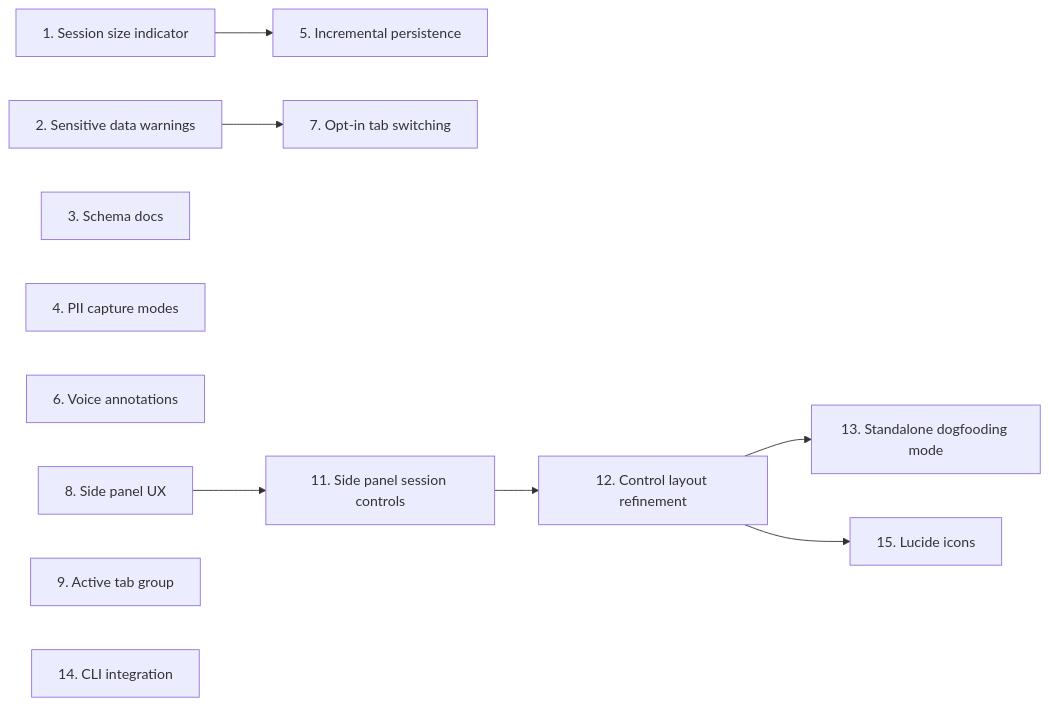
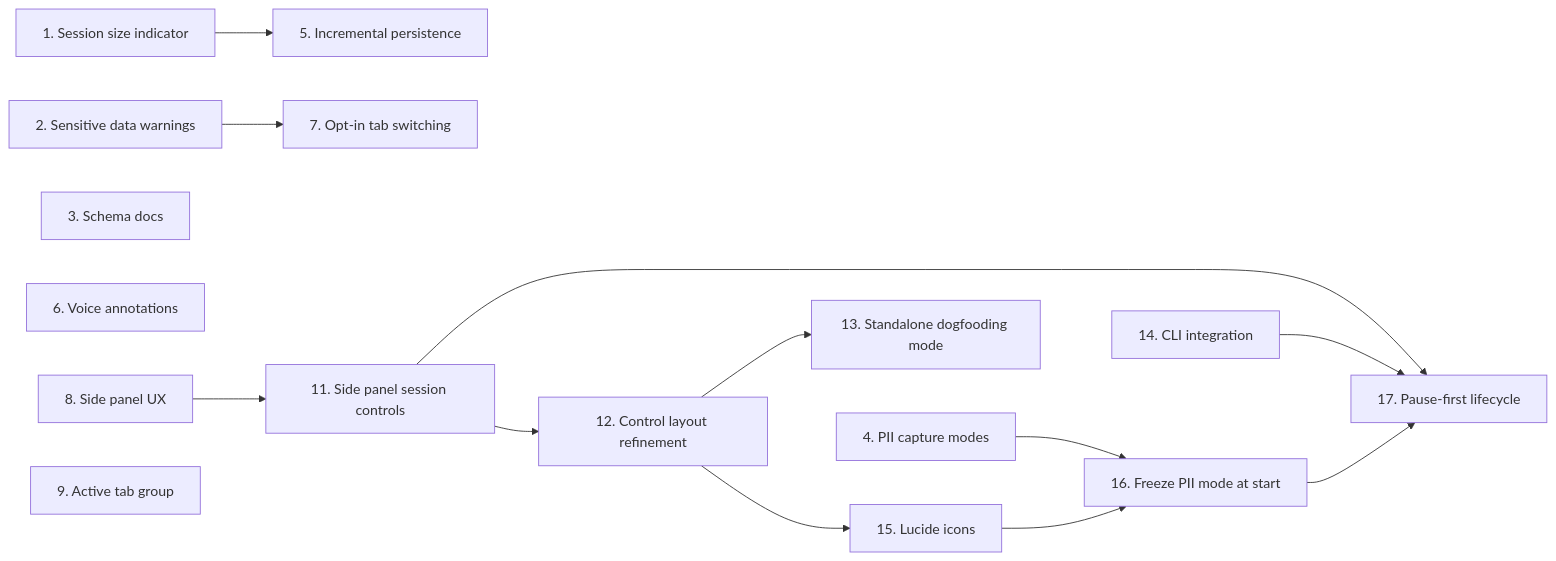
Before and after one commit to thehogfather/deskcheck: the diagram in docs/roadmap.md, drawn with Mermaid. The commit also changed other lines of this file, not shown here.

First line of the commit message:
docs(roadmap): add features #16 (freeze PII mode) and #17 (Pause-first lifecycle)

````diff
--- a/docs/roadmap.md
+++ b/docs/roadmap.md
@@ -345,14 +404,17 @@
 ```mermaid
 graph LR
     1[1. Session size indicator] --> 5[5. Incremental persistence]
     2[2. Sensitive data warnings] --> 7[7. Opt-in tab switching]
     3[3. Schema docs]
-    4[4. PII capture modes]
+    4[4. PII capture modes] --> 16[16. Freeze PII mode at start]
     6[6. Voice annotations]
     8[8. Side panel UX] --> 11[11. Side panel session controls]
     11 --> 12[12. Control layout refinement]
     12 --> 13[13. Standalone dogfooding mode]
     12 --> 15[15. Lucide icons]
+    15 --> 16
+    11 --> 17[17. Pause-first lifecycle]
+    14[14. CLI integration] --> 17
+    16 --> 17
     9[9. Active tab group]
-    14[14. CLI integration]
 ```
````
